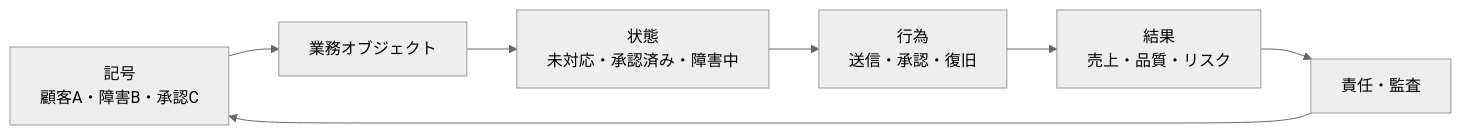
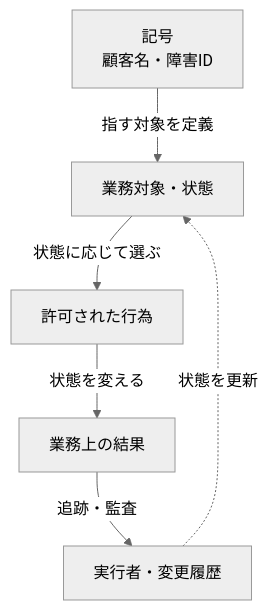
Before and after one commit to daylight55/research: the sixth of 13 diagrams in articles/report/ai-llm-ontology-memory/ja/index.mdx, drawn with Mermaid (neutral theme). The commit also changed other lines of this file and 181 other files, not shown here.

First line of the commit message:
全記事の図解368点を再生成し、共通注意書きを削除 (#402)

````diff
--- a/articles/report/ai-llm-ontology-memory/ja/index.mdx
+++ b/articles/report/ai-llm-ontology-memory/ja/index.mdx
@@ -213,9 +245,15 @@
 ```mermaid
-flowchart LR
-  S["記号<br/>顧客A・障害B・承認C"] --> O["業務オブジェクト"]
-  O --> St["状態<br/>未対応・承認済み・障害中"]
-  St --> Ac["行為<br/>送信・承認・復旧"]
-  Ac --> Re["結果<br/>売上・品質・リスク"]
-  Re --> Au["責任・監査"]
-  Au --> S
+flowchart TD
+  accTitle: 記号を対象・状態・行為へ結び付ける
+  accDescr: 顧客名や障害IDが何を指し、どの操作で状態が変わったかを追えるようにする。結果と実行者を監査に残す。
+  N0["記号<br/>顧客名・障害ID"]
+  N1["業務対象・状態"]
+  N2["許可された行為"]
+  N3["業務上の結果"]
+  N4["実行者・変更履歴"]
+  N0 -->|指す対象を定義| N1
+  N1 -->|状態に応じて選ぶ| N2
+  N2 -->|状態を変える| N3
+  N3 -->|追跡・監査| N4
+  N4 -.->|状態を更新| N1
 ```
````
